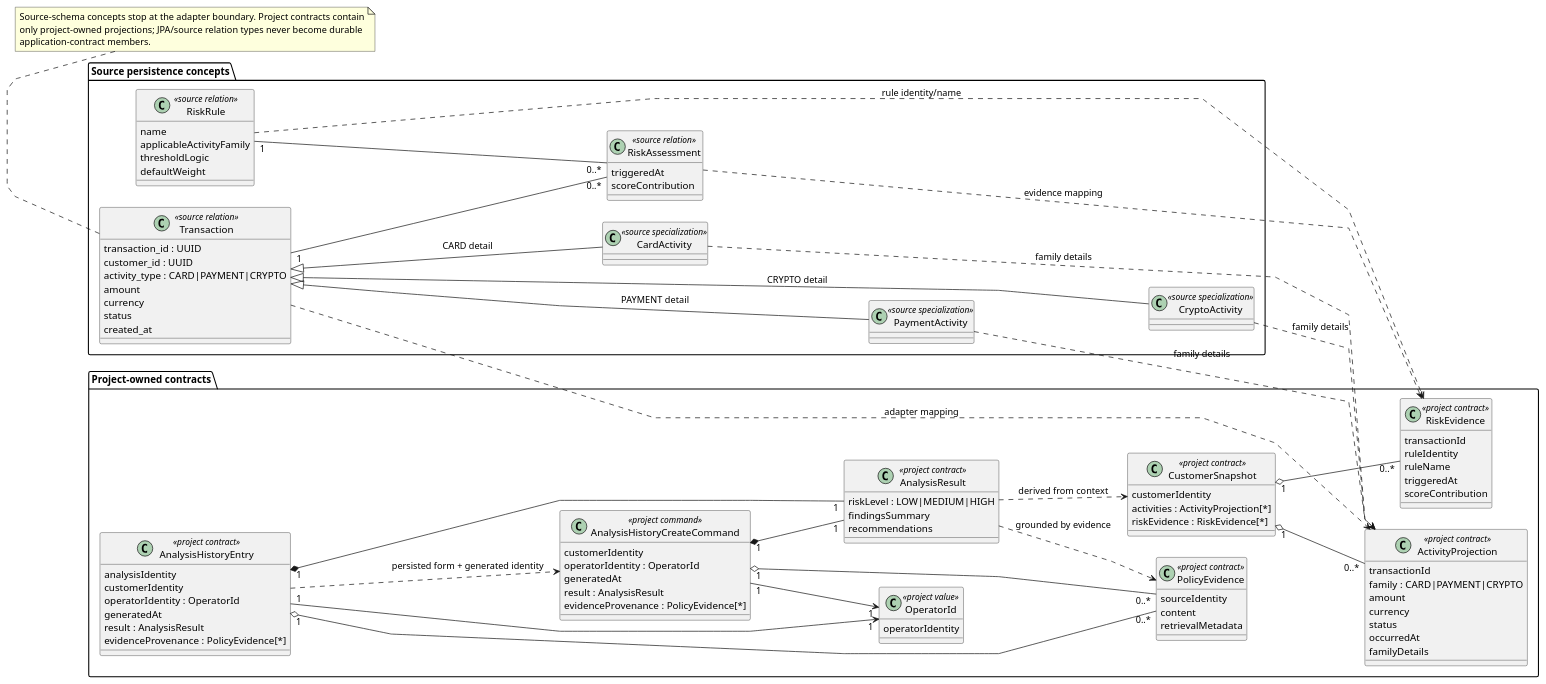
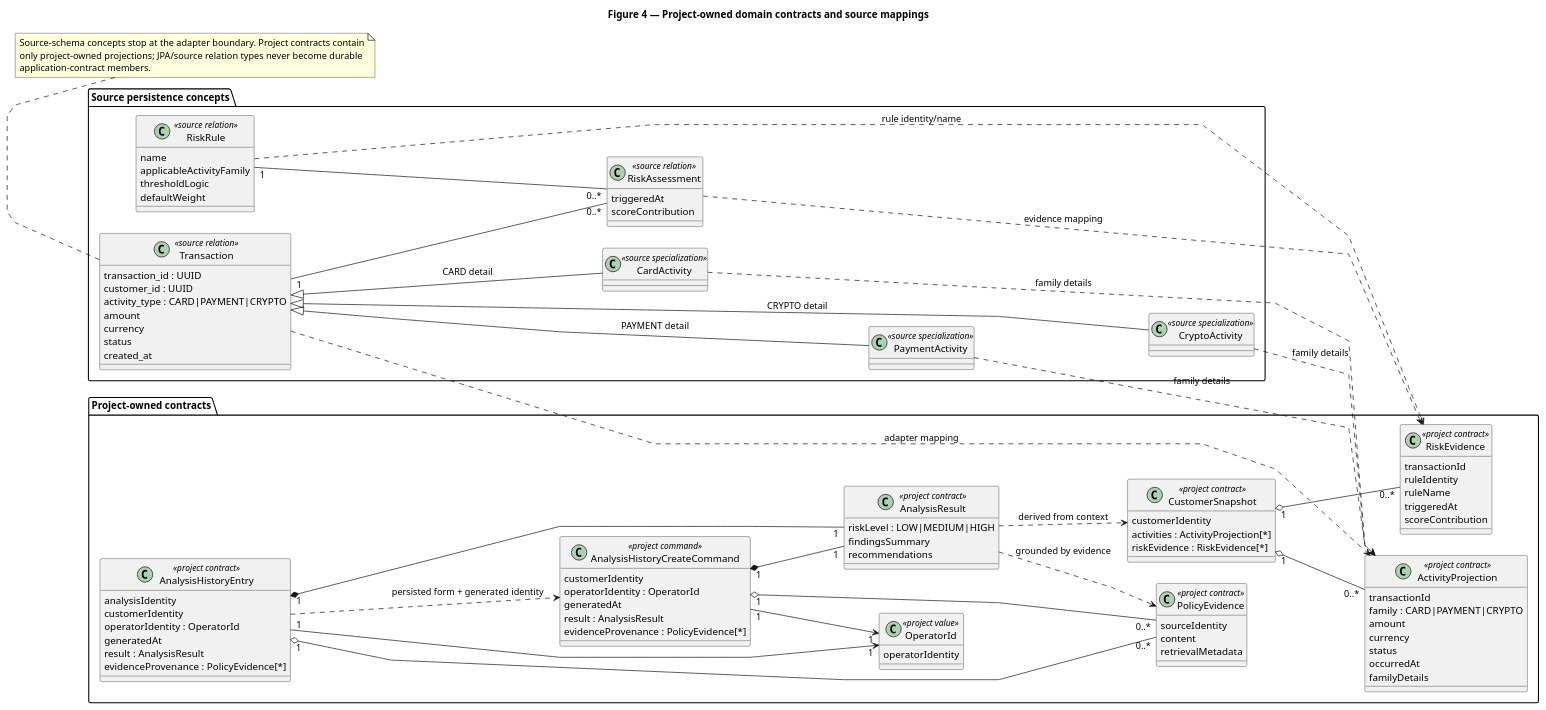
The diagram in docs/assignment/SDD/diagrams/domain-contracts.puml (jdoe-dev-159753/specgraph-reference-app), drawn with PlantUML before and after one commit.

Commit message:
docs: title domain contract figure

```diff
--- a/docs/assignment/SDD/diagrams/domain-contracts.puml
+++ b/docs/assignment/SDD/diagrams/domain-contracts.puml
@@ -1,118 +1,119 @@
 @startuml
+title Figure 4 — Project-owned domain contracts and source mappings
 left to right direction
 skinparam classAttributeIconSize 0
 skinparam linetype polyline
 skinparam nodesep 30
 skinparam ranksep 45
 
 package "Project-owned contracts" {
   class CustomerSnapshot <<project contract>> {
     customerIdentity
     activities : ActivityProjection[*]
     riskEvidence : RiskEvidence[*]
   }
   class ActivityProjection <<project contract>> {
     transactionId
     family : CARD|PAYMENT|CRYPTO
     amount
     currency
     status
     occurredAt
     familyDetails
   }
   class RiskEvidence <<project contract>> {
     transactionId
     ruleIdentity
     ruleName
     triggeredAt
     scoreContribution
   }
   class AnalysisResult <<project contract>> {
     riskLevel : LOW|MEDIUM|HIGH
     findingsSummary
     recommendations
   }
   class PolicyEvidence <<project contract>> {
     sourceIdentity
     content
     retrievalMetadata
   }
   class OperatorId <<project value>> {
     operatorIdentity
   }
   class AnalysisHistoryCreateCommand <<project command>> {
     customerIdentity
     operatorIdentity : OperatorId
     generatedAt
     result : AnalysisResult
     evidenceProvenance : PolicyEvidence[*]
   }
   class AnalysisHistoryEntry <<project contract>> {
     analysisIdentity
     customerIdentity
     operatorIdentity : OperatorId
     generatedAt
     result : AnalysisResult
     evidenceProvenance : PolicyEvidence[*]
   }
 }
 
 package "Source persistence concepts" {
   class Transaction <<source relation>> {
     transaction_id : UUID
     customer_id : UUID
     activity_type : CARD|PAYMENT|CRYPTO
     amount
     currency
     status
     created_at
   }
   class CardActivity <<source specialization>>
   class PaymentActivity <<source specialization>>
   class CryptoActivity <<source specialization>>
   class RiskAssessment <<source relation>> {
     triggeredAt
     scoreContribution
   }
   class RiskRule <<source relation>> {
     name
     applicableActivityFamily
     thresholdLogic
     defaultWeight
   }
 }
 
 CustomerSnapshot "1" o-- "0..*" ActivityProjection
 CustomerSnapshot "1" o-- "0..*" RiskEvidence
 AnalysisHistoryCreateCommand "1" *-- "1" AnalysisResult
 AnalysisHistoryCreateCommand "1" --> "1" OperatorId
 AnalysisHistoryCreateCommand "1" o-- "0..*" PolicyEvidence
 AnalysisHistoryEntry ..> AnalysisHistoryCreateCommand : persisted form + generated identity
 AnalysisHistoryEntry "1" *-- "1" AnalysisResult
 AnalysisHistoryEntry "1" --> "1" OperatorId
 AnalysisHistoryEntry "1" o-- "0..*" PolicyEvidence
 
 Transaction <|-- CardActivity : CARD detail
 Transaction <|-- PaymentActivity : PAYMENT detail
 Transaction <|-- CryptoActivity : CRYPTO detail
 Transaction "1" -- "0..*" RiskAssessment
 RiskRule "1" -- "0..*" RiskAssessment
 
 Transaction ..> ActivityProjection : adapter mapping
 CardActivity ..> ActivityProjection : family details
 PaymentActivity ..> ActivityProjection : family details
 CryptoActivity ..> ActivityProjection : family details
 RiskAssessment ..> RiskEvidence : evidence mapping
 RiskRule ..> RiskEvidence : rule identity/name
 AnalysisResult ..> CustomerSnapshot : derived from context
 AnalysisResult ..> PolicyEvidence : grounded by evidence
 
 CardActivity -[hidden]-> PaymentActivity
 PaymentActivity -[hidden]-> CryptoActivity
 
 note bottom of Transaction
   Source-schema concepts stop at the adapter boundary. Project contracts contain
   only project-owned projections; JPA/source relation types never become durable
   application-contract members.
 end note
 @enduml
```
